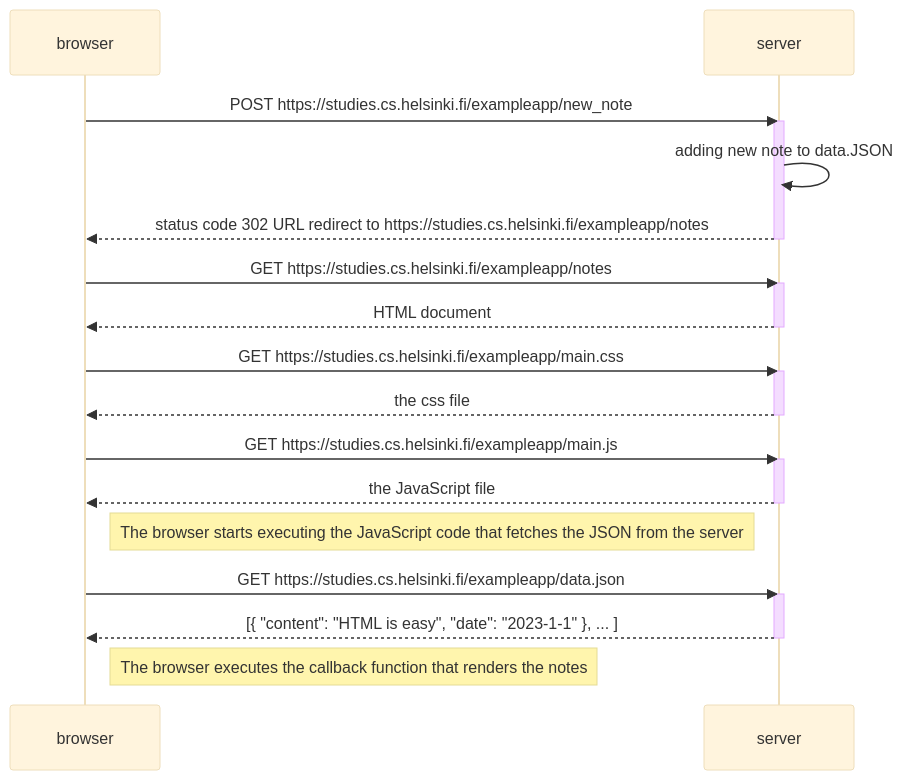
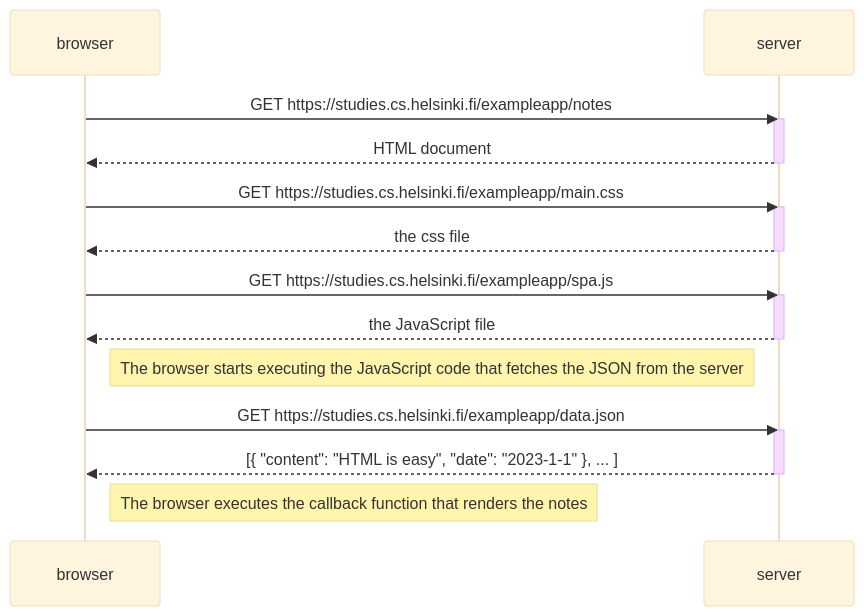
Before and after one commit to lolow63/FullStackOpen: the diagram in part0/0_5_SPA.md, drawn with Mermaid (base theme).

````diff
--- a/part0/0_5_SPA.md
+++ b/part0/0_5_SPA.md
@@ -1,35 +1,29 @@
 ```mermaid
 sequenceDiagram
 participant browser
 participant server
-
-    browser->>server: POST https://studies.cs.helsinki.fi/exampleapp/new_note
-    activate server
-    server ->>server: adding new note to data.JSON
-    server-->>browser: status code 302 URL redirect to https://studies.cs.helsinki.fi/exampleapp/notes
-    deactivate server
 
     browser->>server: GET https://studies.cs.helsinki.fi/exampleapp/notes
     activate server
     server-->>browser: HTML document
     deactivate server
 
     browser->>server: GET https://studies.cs.helsinki.fi/exampleapp/main.css
     activate server
     server-->>browser: the css file
     deactivate server
 
-    browser->>server: GET https://studies.cs.helsinki.fi/exampleapp/main.js
+    browser->>server: GET https://studies.cs.helsinki.fi/exampleapp/spa.js
     activate server
     server-->>browser: the JavaScript file
     deactivate server
 
     Note right of browser: The browser starts executing the JavaScript code that fetches the JSON from the server
 
     browser->>server: GET https://studies.cs.helsinki.fi/exampleapp/data.json
     activate server
     server-->>browser: [{ "content": "HTML is easy", "date": "2023-1-1" }, ... ]
     deactivate server
 
     Note right of browser: The browser executes the callback function that renders the notes
 ```
````
